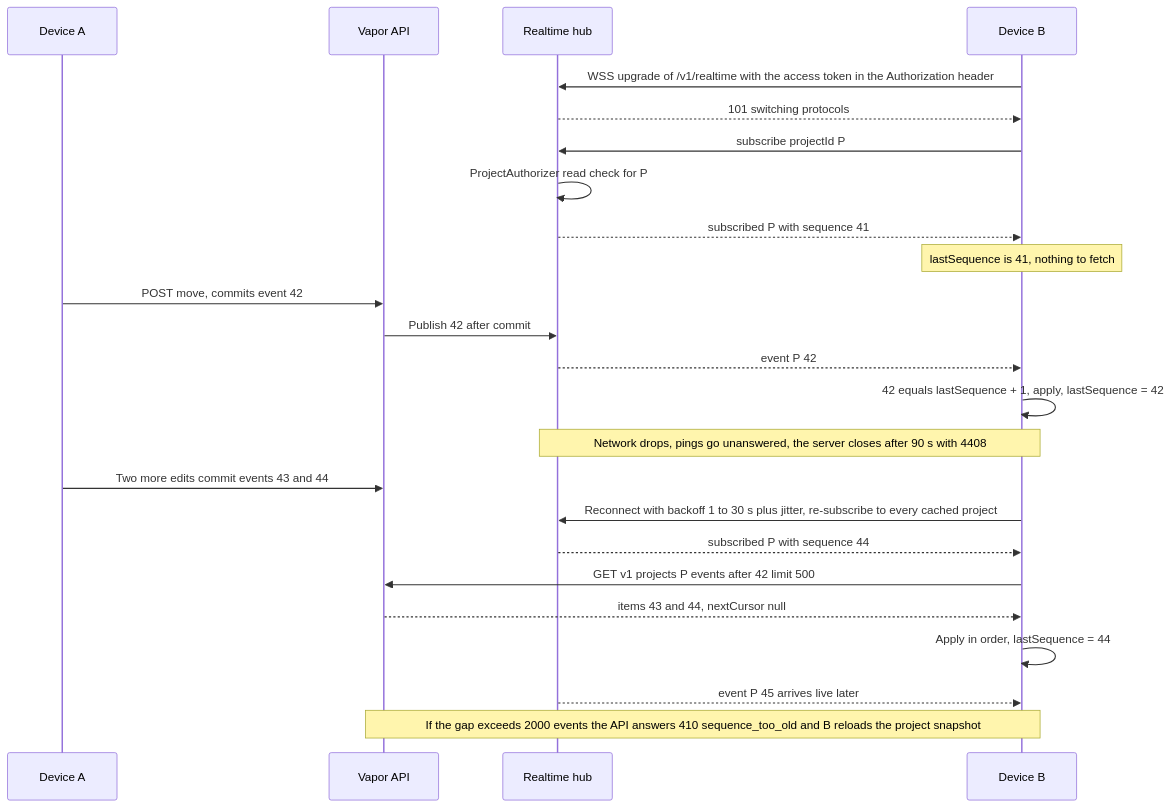
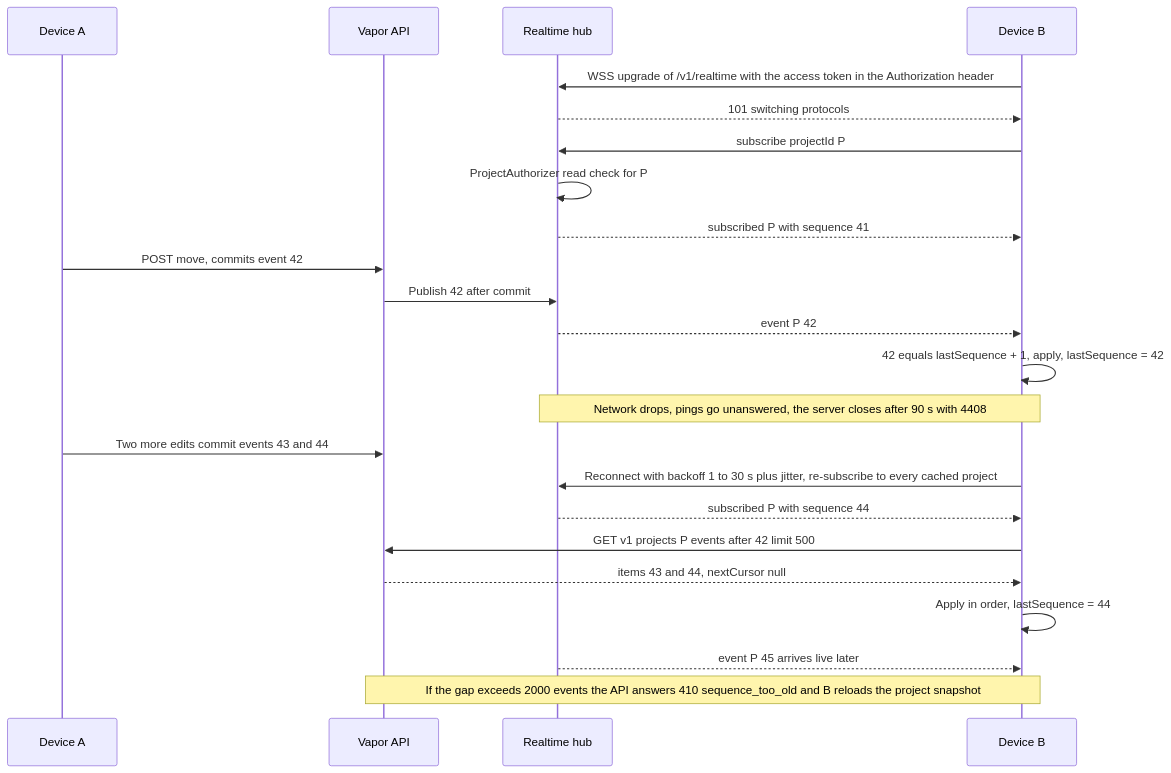
One commit to cdcucco/Shared-Kanban changed the sixth of 13 diagrams in docs/architecture.md. Above: the diagram before and after it, drawn with Mermaid. The commit also changed other lines of this file and 1 other file, not shown here.

First line of the commit message:
docs: architecture and threat model drafts

````diff
--- a/docs/architecture.md
+++ b/docs/architecture.md
@@ -539,26 +483,25 @@
 ```mermaid
 sequenceDiagram
     participant A as Device A
     participant API as Vapor API
     participant Hub as Realtime hub
     participant B as Device B
     B->>Hub: WSS upgrade of /v1/realtime with the access token in the Authorization header
     Hub-->>B: 101 switching protocols
     B->>Hub: subscribe projectId P
     Hub->>Hub: ProjectAuthorizer read check for P
     Hub-->>B: subscribed P with sequence 41
-    Note over B: lastSequence is 41, nothing to fetch
     A->>API: POST move, commits event 42
     API->>Hub: Publish 42 after commit
     Hub-->>B: event P 42
     B->>B: 42 equals lastSequence + 1, apply, lastSequence = 42
     Note over Hub,B: Network drops, pings go unanswered, the server closes after 90 s with 4408
     A->>API: Two more edits commit events 43 and 44
     B->>Hub: Reconnect with backoff 1 to 30 s plus jitter, re-subscribe to every cached project
     Hub-->>B: subscribed P with sequence 44
     B->>API: GET v1 projects P events after 42 limit 500
     API-->>B: items 43 and 44, nextCursor null
     B->>B: Apply in order, lastSequence = 44
     Hub-->>B: event P 45 arrives live later
     Note over B,API: If the gap exceeds 2000 events the API answers 410 sequence_too_old and B reloads the project snapshot
 ```
````
